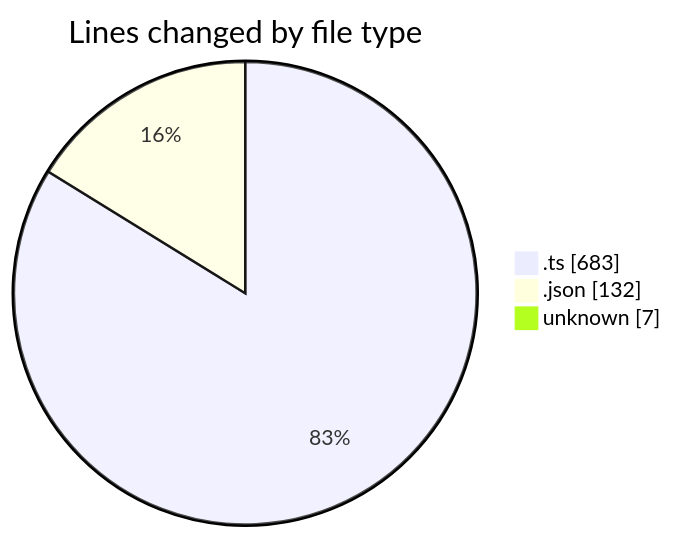
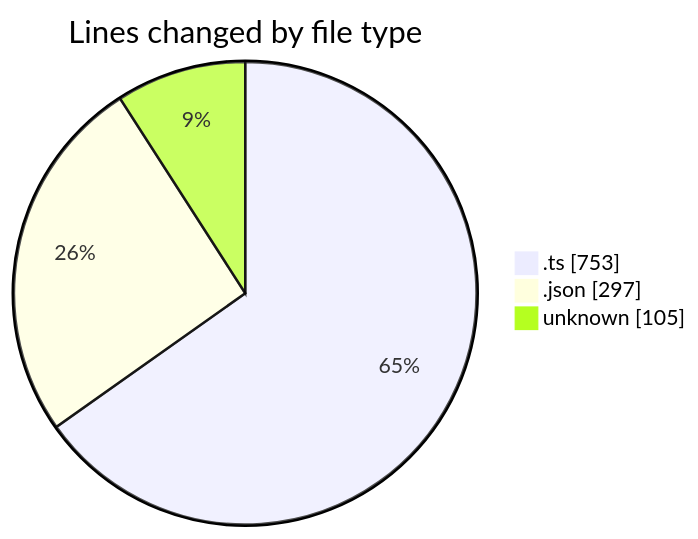
The first of 2 diagrams in 2025-08-24/chatgpt-extension/README.md (EIIisD/code-tracking), drawn with Mermaid before and after one commit. The commit also changed other lines of this file and 1 other file, not shown here.

````diff
--- a/2025-08-24/chatgpt-extension/README.md
+++ b/2025-08-24/chatgpt-extension/README.md
@@ -24,7 +24,7 @@
 ```mermaid
 pie showData
 title Lines changed by file type
-".ts" : 683
-".json" : 132
-"unknown" : 7
+".ts" : 753
+".json" : 297
+"unknown" : 105
 ```
````
